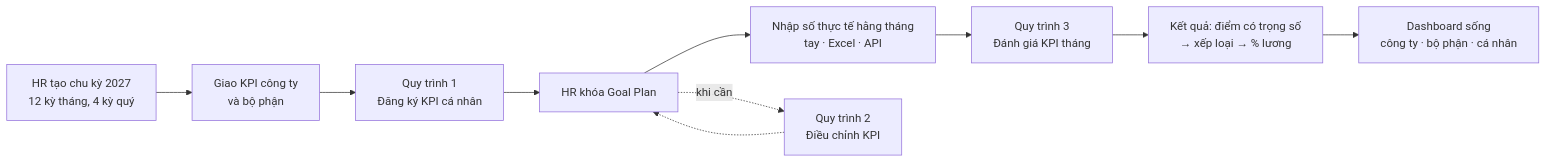
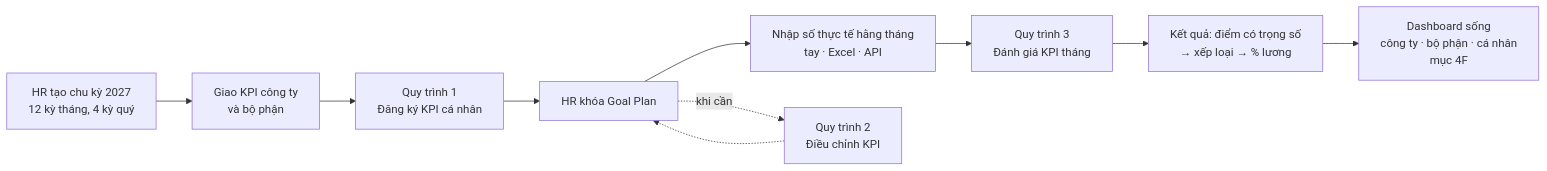
One commit to harleyng/kpi-management changed the first of 6 diagrams in docs/flows/new-flow.md. Above: the diagram before and after it, drawn with Mermaid. The commit also changed other lines of this file and 41 other files, not shown here.

````diff
--- a/docs/flows/new-flow.md
+++ b/docs/flows/new-flow.md
@@ -11,12 +11,12 @@
 ```mermaid
 flowchart LR
   A[HR tạo chu kỳ 2027<br/>12 kỳ tháng, 4 kỳ quý] --> B[Giao KPI công ty<br/>và bộ phận]
   B --> C[Quy trình 1<br/>Đăng ký KPI cá nhân]
   C --> D[HR khóa Goal Plan]
   D --> E[Nhập số thực tế hằng tháng<br/>tay · Excel · API]
   E --> F[Quy trình 3<br/>Đánh giá KPI tháng]
   F --> G[Kết quả: điểm có trọng số<br/>→ xếp loại → % lương]
-  G --> H[Dashboard sống<br/>công ty · bộ phận · cá nhân]
+  G --> H[Dashboard sống<br/>công ty · bộ phận · cá nhân<br/>mục 4F]
   D -. khi cần .-> X[Quy trình 2<br/>Điều chỉnh KPI]
   X -.-> D
 ```
````
